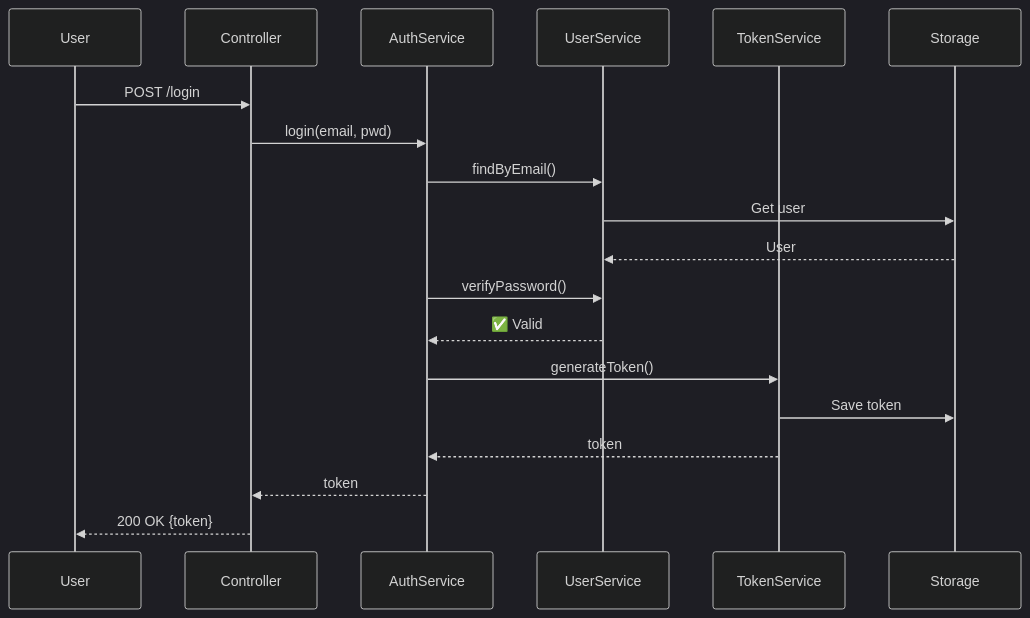
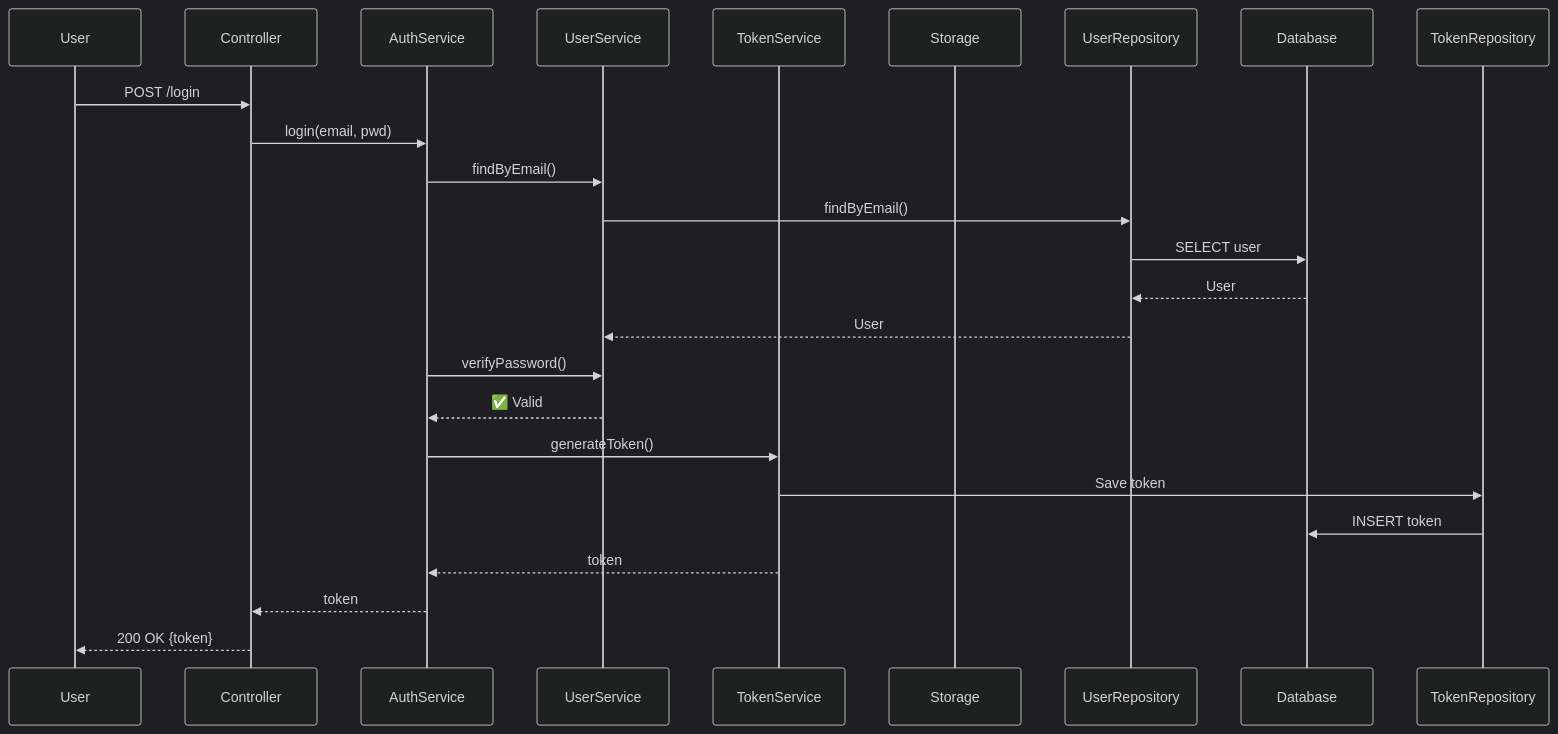
One commit to akramdaboussi/Sotware_ArchitectureProject changed the third of 3 diagrams in docs/ARCHITECTURE.md. Above: the diagram before and after it, drawn with Mermaid (dark theme). The commit also changed other lines of this file and 4 other files, not shown here.

Commit message:
màj des exercices, architectures, readme, structure etc...

````diff
--- a/docs/ARCHITECTURE.md
+++ b/docs/ARCHITECTURE.md
@@ -132,22 +139,25 @@
 ```mermaid
 sequenceDiagram
     participant User
     participant Controller
     participant AuthService
     participant UserService
     participant TokenService
     participant Storage
     
     User->>Controller: POST /login
     Controller->>AuthService: login(email, pwd)
     AuthService->>UserService: findByEmail()
-    UserService->>Storage: Get user
-    Storage-->>UserService: User
+    UserService->>UserRepository: findByEmail()
+    UserRepository->>Database: SELECT user
+    Database-->>UserRepository: User
+    UserRepository-->>UserService: User
     AuthService->>UserService: verifyPassword()
     UserService-->>AuthService: ✅ Valid
     AuthService->>TokenService: generateToken()
-    TokenService->>Storage: Save token
+    TokenService->>TokenRepository: Save token
+    TokenRepository->>Database: INSERT token
     TokenService-->>AuthService: token
     AuthService-->>Controller: token
     Controller-->>User: 200 OK {token}
 ```
````
